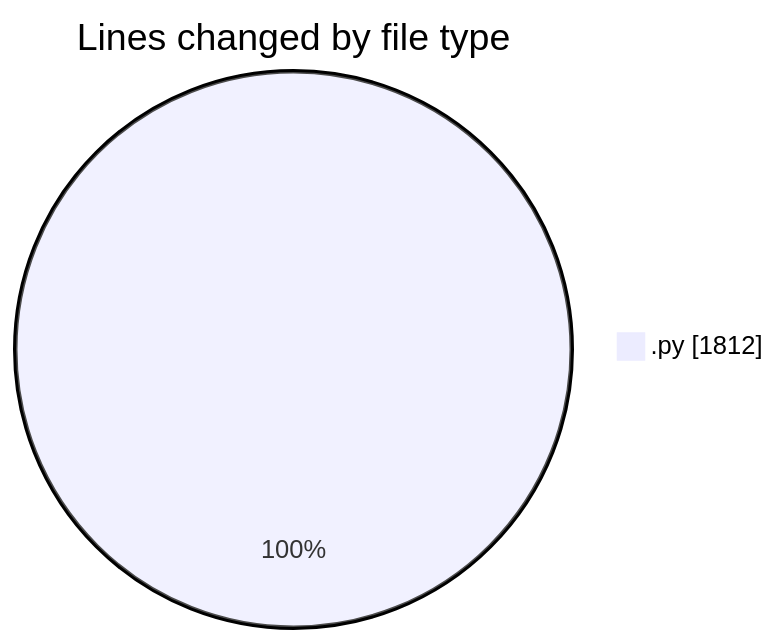
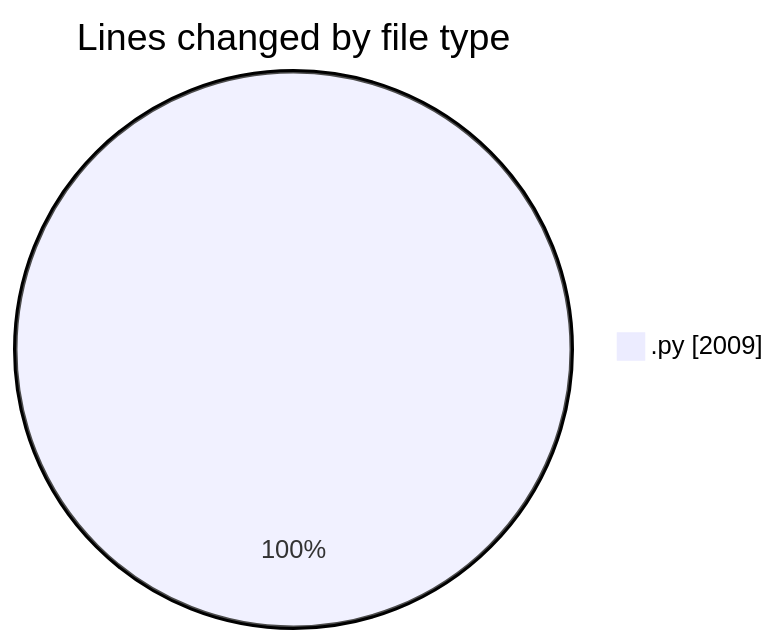
Before and after one commit to julien-gomy/code-tracking: the first of 2 diagrams in 2025-11-27/eventscop-api-guide__workspace_/README.md, drawn with Mermaid. The commit also changed other lines of this file and 1 other file, not shown here.

````diff
--- a/2025-11-27/eventscop-api-guide__workspace_/README.md
+++ b/2025-11-27/eventscop-api-guide__workspace_/README.md
@@ -22,5 +23,5 @@
 ```mermaid
 pie showData
 title Lines changed by file type
-".py" : 1812
+".py" : 2009
 ```
````
